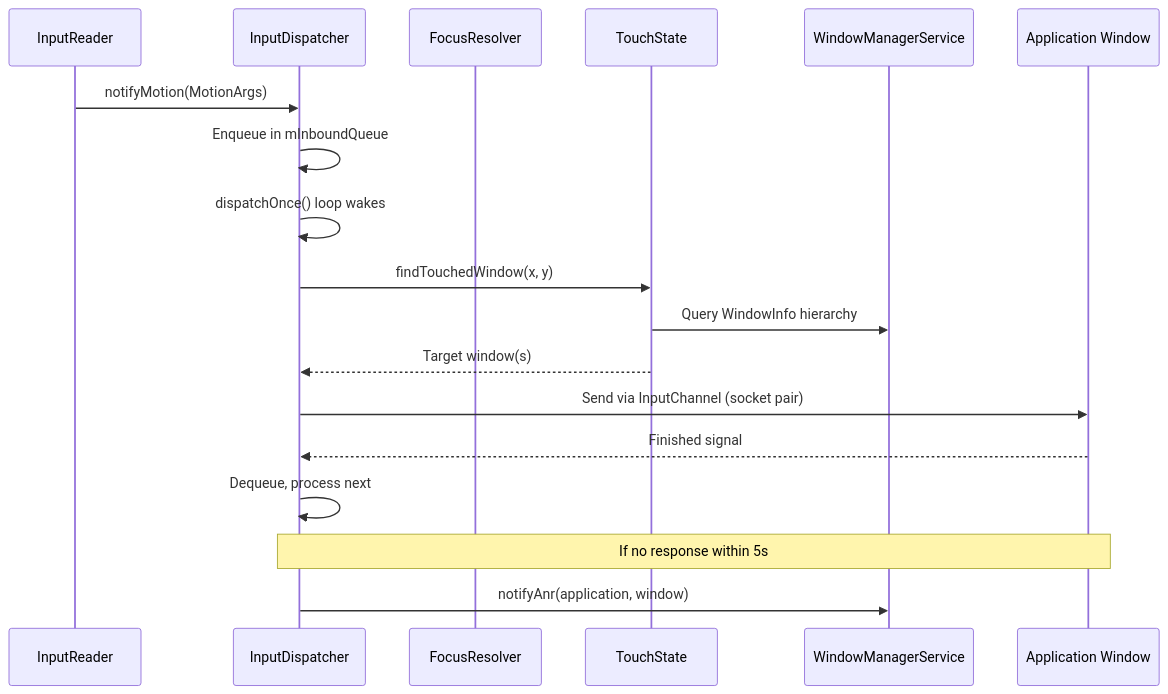
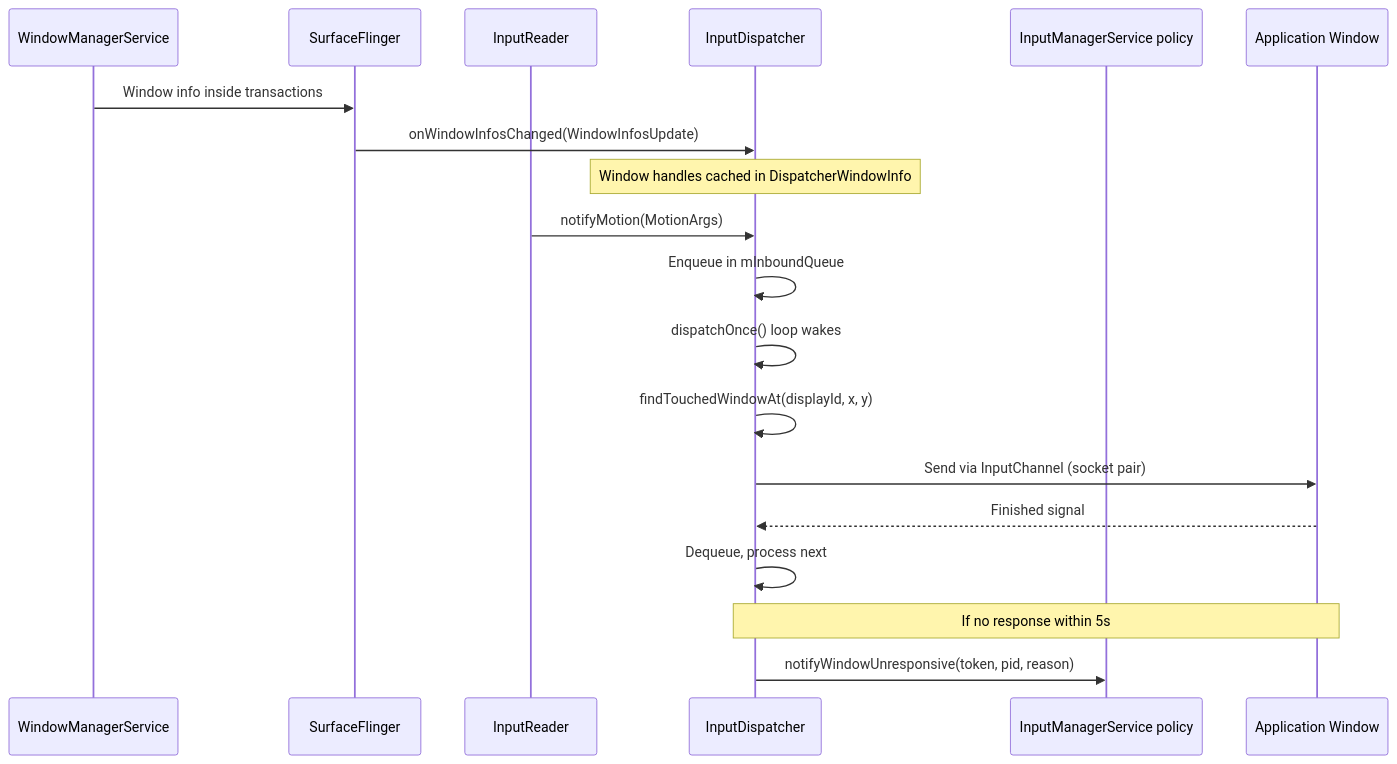
One commit to aospbooks/aosp-internal-book changed diagram 12 of 29 in agents/claude/skills/aosp-native-services-and-media/12-native-services.md. Above: the diagram before and after it, drawn with Mermaid. The commit also changed other lines of this file and 218 other files, not shown here.

````diff
--- a/agents/claude/skills/aosp-native-services-and-media/12-native-services.md
+++ b/agents/claude/skills/aosp-native-services-and-media/12-native-services.md
@@ -1152,22 +1213,23 @@
 ```mermaid
 sequenceDiagram
+    participant WMS as WindowManagerService
+    participant SF as SurfaceFlinger
     participant IR as InputReader
     participant ID as InputDispatcher
-    participant FR as FocusResolver
-    participant TS as TouchState
-    participant WMS as WindowManagerService
+    participant IMS as InputManagerService policy
     participant App as Application Window
 
+    WMS->>SF: Window info inside transactions
+    SF->>ID: onWindowInfosChanged(WindowInfosUpdate)
+    Note over ID: Window handles cached in DispatcherWindowInfo
     IR->>ID: notifyMotion(MotionArgs)
     ID->>ID: Enqueue in mInboundQueue
     ID->>ID: dispatchOnce() loop wakes
-    ID->>TS: findTouchedWindow(x, y)
-    TS->>WMS: Query WindowInfo hierarchy
-    TS-->>ID: Target window(s)
+    ID->>ID: findTouchedWindowAt(displayId, x, y)
     ID->>App: Send via InputChannel (socket pair)
     App-->>ID: Finished signal
     ID->>ID: Dequeue, process next
 
     Note over ID,App: If no response within 5s
-    ID->>WMS: notifyAnr(application, window)
+    ID->>IMS: notifyWindowUnresponsive(token, pid, reason)
 ```
````
